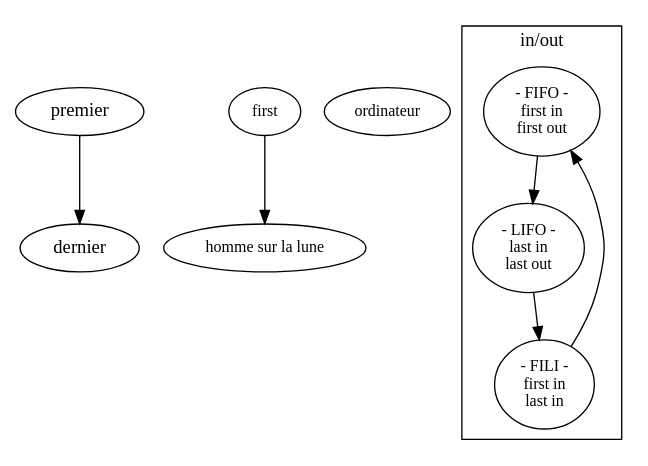
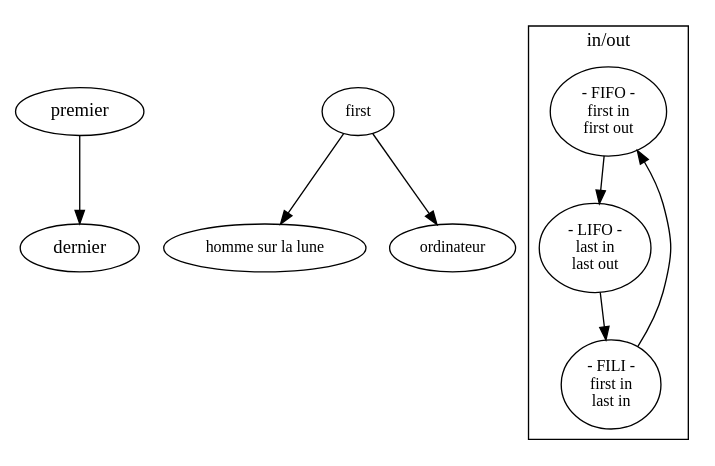
Before and after one commit to ensad-nancy/first-last: the diagram in sujet.dot, drawn with Graphviz.

Commit message:
+	first -> "ordinateur"

```diff
--- a/sujet.dot
+++ b/sujet.dot
@@ -1,25 +1,25 @@
 digraph {
 
 	premier -> dernier
 	fontname="myriadpro"
 	fontsize = 14
 	
 	node [fontname="myriadpro", fontsize = 12]
 	edge [fontname="monaco", fontsize = 10]
 
 	first -> "homme sur la lune"
-	"ordinateur"
+	first -> "ordinateur"
 	
 
 	subgraph cluster_FO{
 	
 		label="in/out"
 		
 		FIFO [label="- FIFO -\nfirst in\nfirst out"]
 		LIFO [label="- LIFO -\nlast in\nlast out"]
 		FILI [label="- FILI -\nfirst in\n last in"]
 
 		FILI -> FIFO -> LIFO -> FILI
 	}
 	
 }
```
